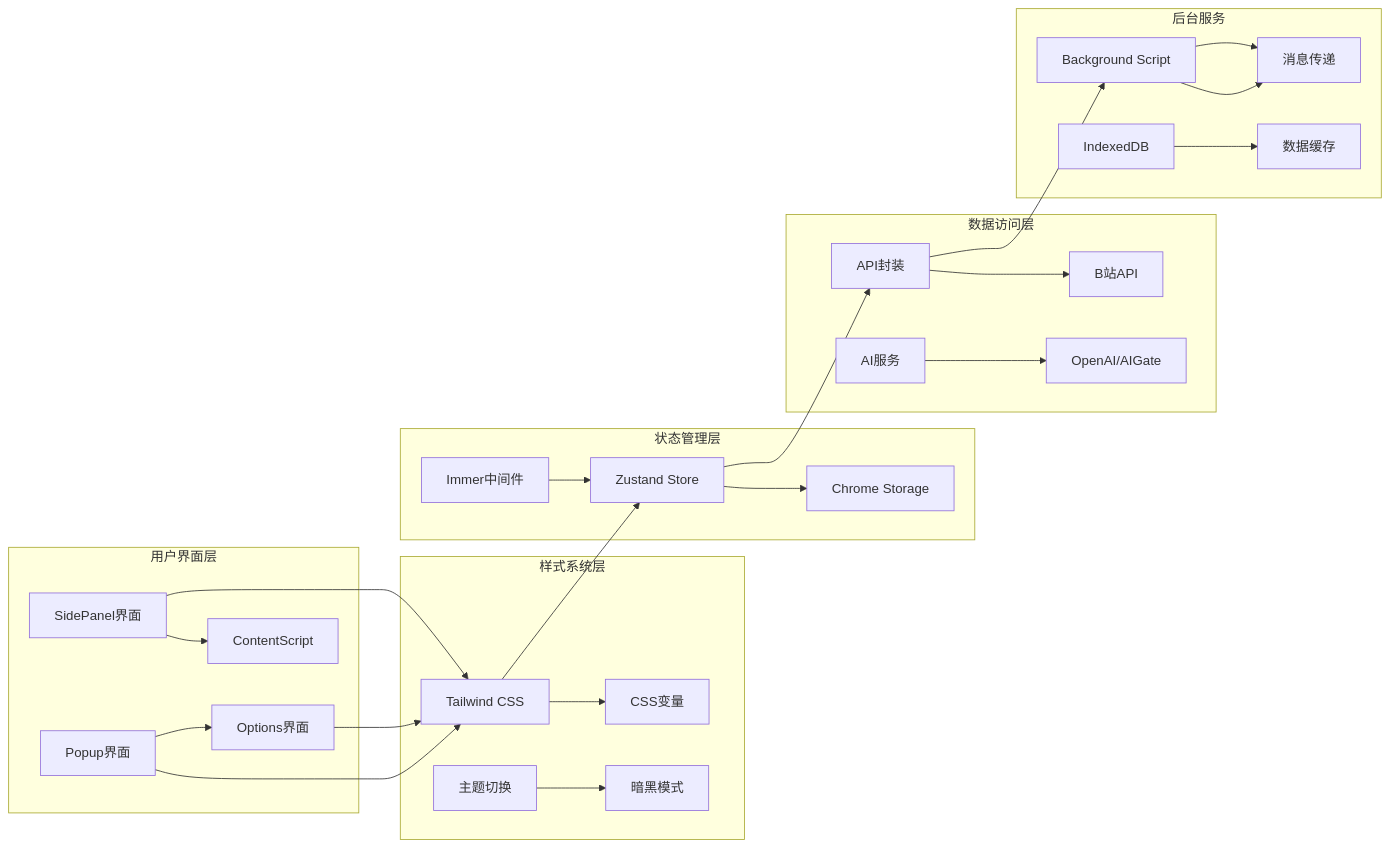
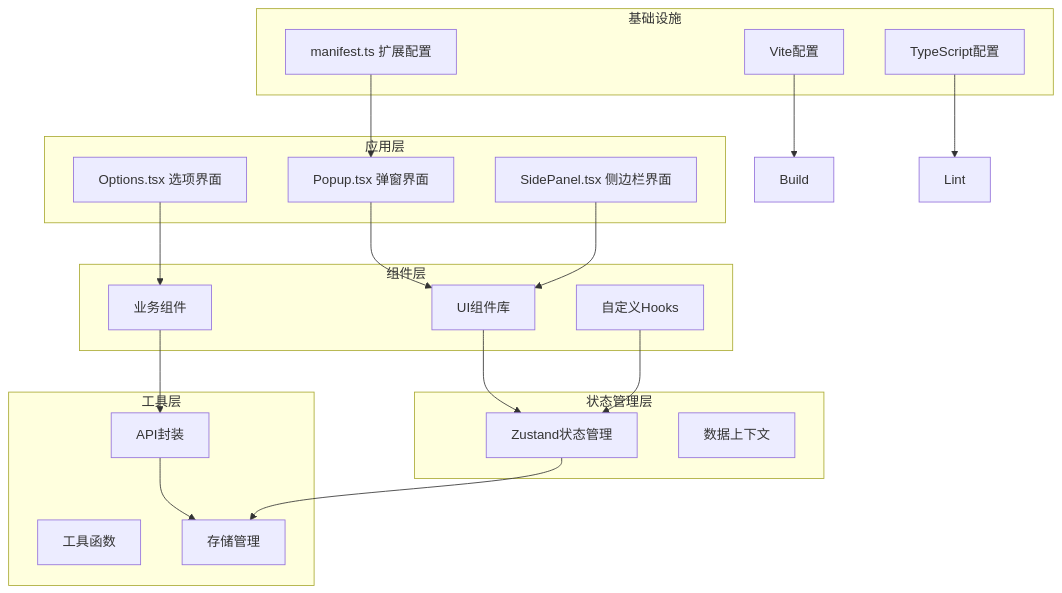
One commit to RadiumAg/bilibili-favorites changed the first of 8 diagrams in .qoder/repowiki/zh/content/开发指南/React最佳实践系统.md. Above: the diagram before and after it, drawn with Mermaid. The commit also changed other lines of this file and 21 other files, not shown here.

````diff
--- a/.qoder/repowiki/zh/content/开发指南/React最佳实践系统.md
+++ b/.qoder/repowiki/zh/content/开发指南/React最佳实践系统.md
@@ -127,30 +48,38 @@
 ```mermaid
-graph LR
-subgraph "用户界面层"
-A[Popup界面] --> B[Options界面]
-C[SidePanel界面] --> D[ContentScript]
+graph TB
+subgraph "应用层"
+Popup[Popup.tsx 弹窗界面]
+Options[Options.tsx 选项界面]
+SidePanel[SidePanel.tsx 侧边栏界面]
 end
-subgraph "样式系统层"
-E[Tailwind CSS] --> F[CSS变量]
-G[主题切换] --> H[暗黑模式]
+subgraph "组件层"
+UIComponents[UI组件库]
+BusinessComponents[业务组件]
+Hooks[自定义Hooks]
+end
+subgraph "工具层"
+Utils[工具函数]
+API[API封装]
+Storage[存储管理]
 end
 subgraph "状态管理层"
-I[Zustand Store] --> J[Chrome Storage]
-K[Immer中间件] --> I
+Store[Zustand状态管理]
+Context[数据上下文]
 end
-subgraph "数据访问层"
-L[API封装] --> M[B站API]
-N[AI服务] --> O[OpenAI/AIGate]
+subgraph "基础设施"
+Manifest[manifest.ts 扩展配置]
+Config[Vite配置]
+Typescript[TypeScript配置]
 end
-subgraph "后台服务"
-P[Background Script] --> Q[消息传递]
-R[IndexedDB] --> S[数据缓存]
-end
-A --> E
-B --> E
-C --> E
-E --> I
-I --> L
-L --> P
-P --> Q
+Popup --> UIComponents
+Options --> BusinessComponents
+SidePanel --> UIComponents
+UIComponents --> Store
+BusinessComponents --> API
+Hooks --> Store
+API --> Storage
+Store --> Storage
+Manifest --> Popup
+Config --> Build
+Typescript --> Lint
 ```
````
